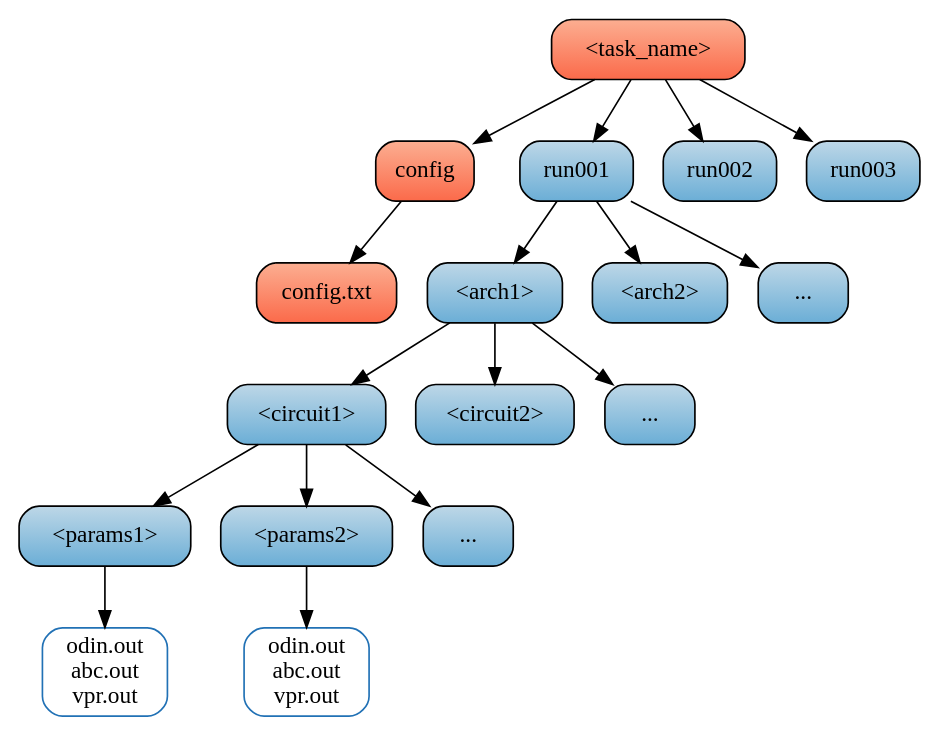
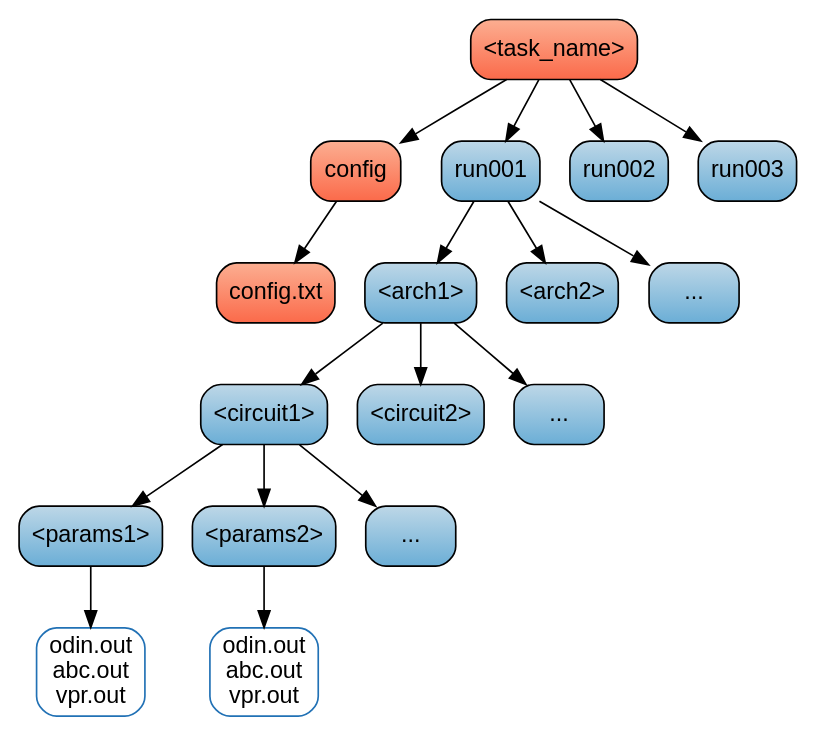
Before and after one commit to verilog-to-routing/vtr-verilog-to-routing: the diagram in doc/src/vtr/tasks.rst, drawn with Graphviz. The commit also changed 3 other files, not shown here.

Commit message:
doc: Update VTR flow description and use a nice graphviz generated diagram

```diff
--- a/doc/src/vtr/tasks.rst
+++ b/doc/src/vtr/tasks.rst
@@ -44,52 +44,52 @@
 .. graphviz::
     :caption: Task directory layout.
 
     digraph {
         #Default style
-        node[shape=Mrecord, style=filled, fillcolor="/blues4/2:/blues4/3", gradientangle=270]
+        node[shape=Mrecord, style=filled, fillcolor="/blues4/2:/blues4/3", gradientangle=270, fontname="arial"]
 
         #Nodes
         node_task[label="\<task_name\>", fillcolor="/reds4/2:/reds4/3"];
         node_config[label="config", fillcolor="/reds4/2:/reds4/3"];
         node_config_txt[label="config.txt", fillcolor="/reds4/2:/reds4/3"];
 
         node_run1[label="run001"];
         node_run2[label="run002"];
         node_run3[label="run003"];
 
         node_arch1[label="\<arch1\>"];
         node_arch2[label="\<arch2\>"];
         node_arch_cont[label="..."];
 
         node_circuit1[label="\<circuit1\>"];
         node_circuit2[label="\<circuit2\>"];
         node_circuit_cont[label="..."];
 
         node_params1a[label="\<params1\>"]
         node_params1b[label="\<params2\>"]
         node_params1_cont[label="..."]
 
         node_results1[label="odin.out\nabc.out\nvpr.out", style="", color="/blues4/4"]
         node_results2[label="odin.out\nabc.out\nvpr.out", style="", color="/blues4/4"]
 
         #Edges
         node_task -> node_config -> node_config_txt;
         node_task -> node_run1;
         node_task -> node_run2;
         node_task -> node_run3;
 
         node_run1 -> node_arch1;
         node_run1 -> node_arch2;
         node_run1 -> node_arch_cont;
 
         node_arch1 -> node_circuit1;
         node_arch1 -> node_circuit2;
         node_arch1 -> node_circuit_cont;
 
         node_circuit1 -> node_params1a;
         node_circuit1 -> node_params1b;
         node_circuit1 -> node_params1_cont;
 
         node_params1a -> node_results1;
         node_params1b -> node_results2;
     }
```
